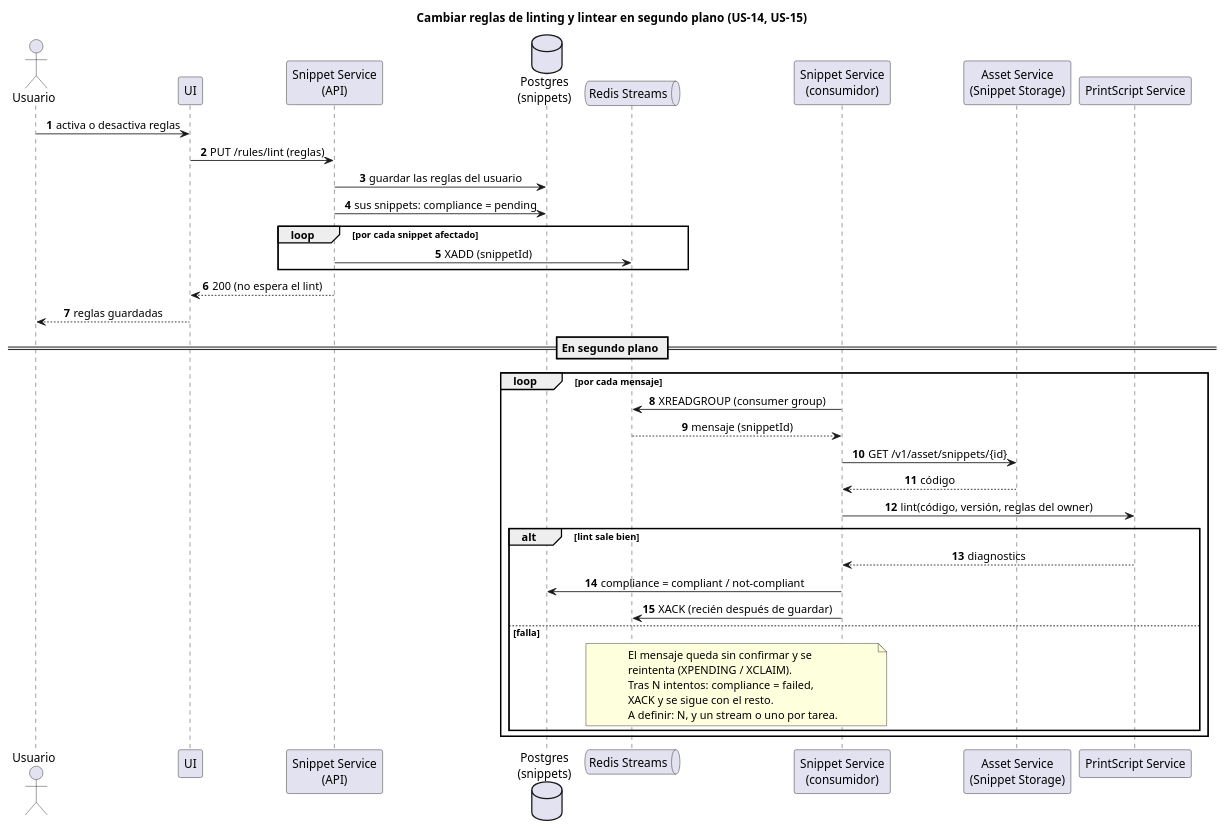
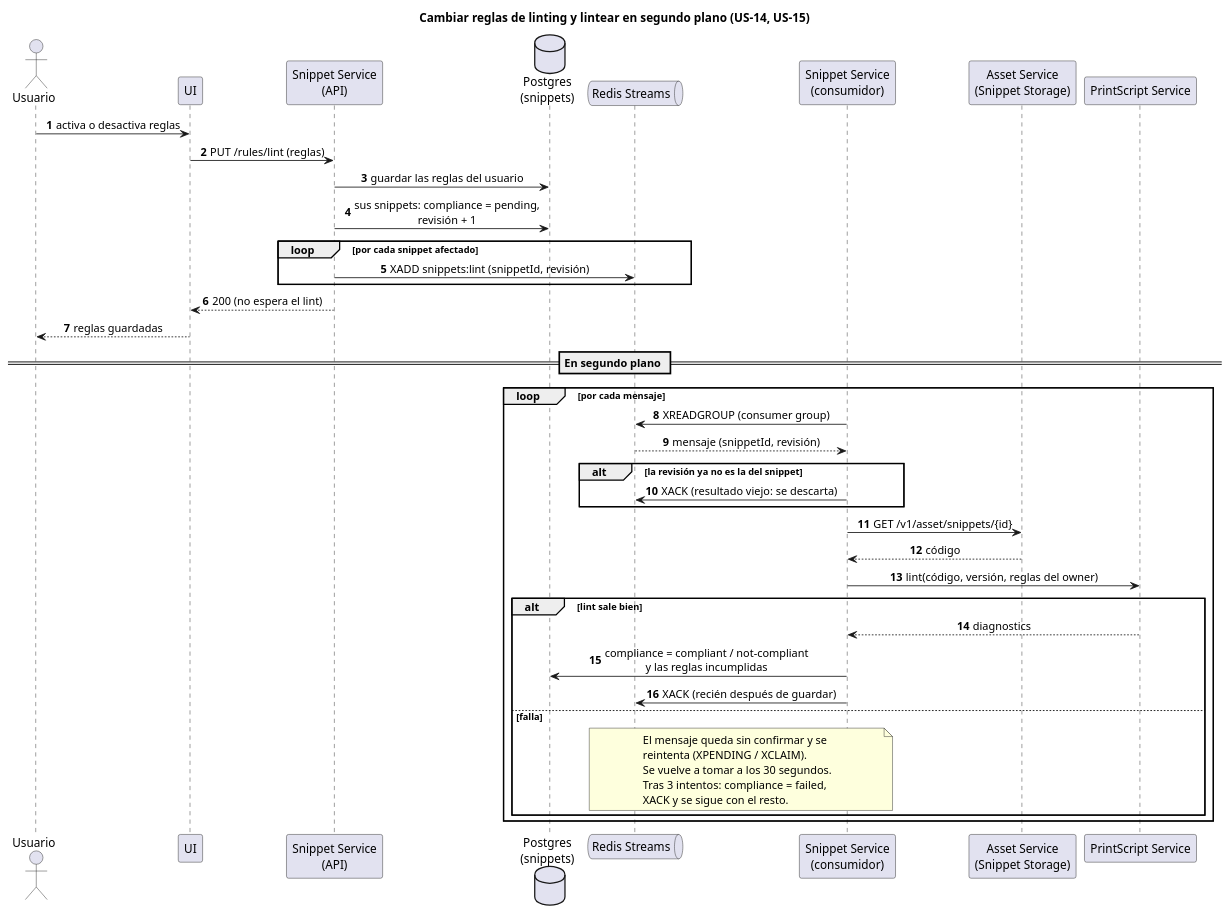
The diagram in docs/diagramas/flujos/secuencia-linting-automatico.puml (MartinaCousido/SnippetSearcher), drawn with PlantUML before and after one commit. The commit also changed 2 other files, not shown here.

Commit message:
docs: registra los streams y los reintentos de Redis y las reglas incumplidas
Decisiones de #49 para #23: un stream por tarea, 3 intentos con 30 segundos de espera, qué pasa si falla el formateo, y la revisión del snippet para descartar resultados viejos. El detalle de un snippet devuelve sus reglas de lint incumplidas (US-6).

Refs: #49, #23

```diff
--- a/docs/diagramas/flujos/secuencia-linting-automatico.puml
+++ b/docs/diagramas/flujos/secuencia-linting-automatico.puml
@@ -1,51 +1,54 @@
 @startuml secuencia-linting-automatico
 ' Cambiar las reglas de lint y lintear en segundo plano (US-14, US-15).
-' El formateo automático (US-11, US-12) sigue el mismo flujo.
-' Falta implementarlo: #18 y #23. Topología decidida: Snippet Service se manda
-' trabajo a sí mismo.
+' El formateo automático (US-11, US-12) sigue el mismo flujo, con su propio
+' stream (snippets:format). Se implementa en #23. Topología decidida: Snippet
+' Service se manda trabajo a sí mismo.
 
 title Cambiar reglas de linting y lintear en segundo plano (US-14, US-15)
 autonumber
 skinparam sequenceMessageAlign center
 
 actor Usuario
 participant UI
 participant "Snippet Service\n(API)" as S
 database "Postgres\n(snippets)" as DB
 queue "Redis Streams" as Q
 participant "Snippet Service\n(consumidor)" as C
 participant "Asset Service\n(Snippet Storage)" as ST
 participant "PrintScript Service" as PS
 
 Usuario -> UI : activa o desactiva reglas
 UI -> S : PUT /rules/lint (reglas)
 S -> DB : guardar las reglas del usuario
-S -> DB : sus snippets: compliance = pending
+S -> DB : sus snippets: compliance = pending,\nrevisión + 1
 loop por cada snippet afectado
-  S -> Q : XADD (snippetId)
+  S -> Q : XADD snippets:lint (snippetId, revisión)
 end
 S --> UI : 200 (no espera el lint)
 UI --> Usuario : reglas guardadas
 
 == En segundo plano ==
 loop por cada mensaje
   C -> Q : XREADGROUP (consumer group)
-  Q --> C : mensaje (snippetId)
+  Q --> C : mensaje (snippetId, revisión)
+  alt la revisión ya no es la del snippet
+    C -> Q : XACK (resultado viejo: se descarta)
+  end
   C -> ST : GET /v1/asset/snippets/{id}
   ST --> C : código
   C -> PS : lint(código, versión, reglas del owner)
   alt lint sale bien
     PS --> C : diagnostics
-    C -> DB : compliance = compliant / not-compliant
+    C -> DB : compliance = compliant / not-compliant\ny las reglas incumplidas
     C -> Q : XACK (recién después de guardar)
   else falla
     note over C, Q
       El mensaje queda sin confirmar y se
       reintenta (XPENDING / XCLAIM).
-      Tras N intentos: compliance = failed,
+      Se vuelve a tomar a los 30 segundos.
+      Tras 3 intentos: compliance = failed,
       XACK y se sigue con el resto.
-      A definir: N, y un stream o uno por tarea.
     end note
   end
 end
 @enduml
```
